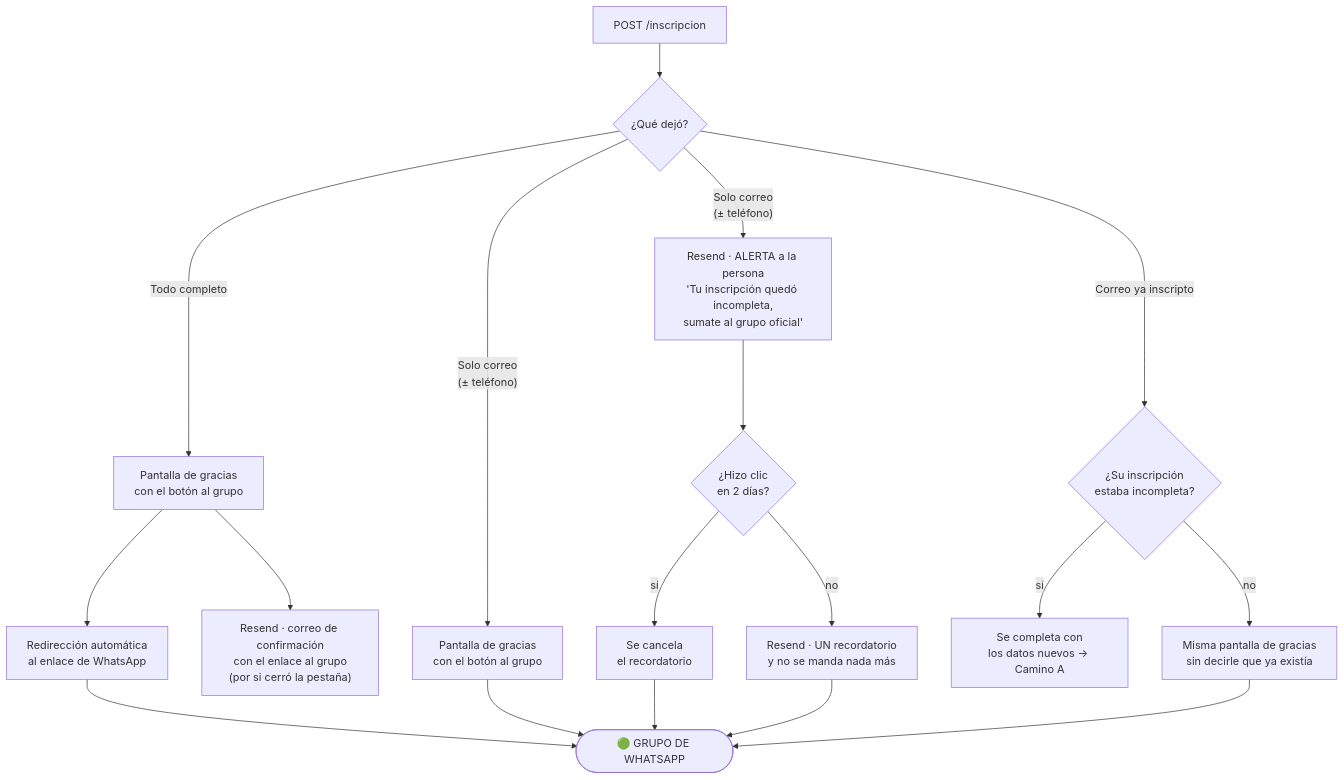
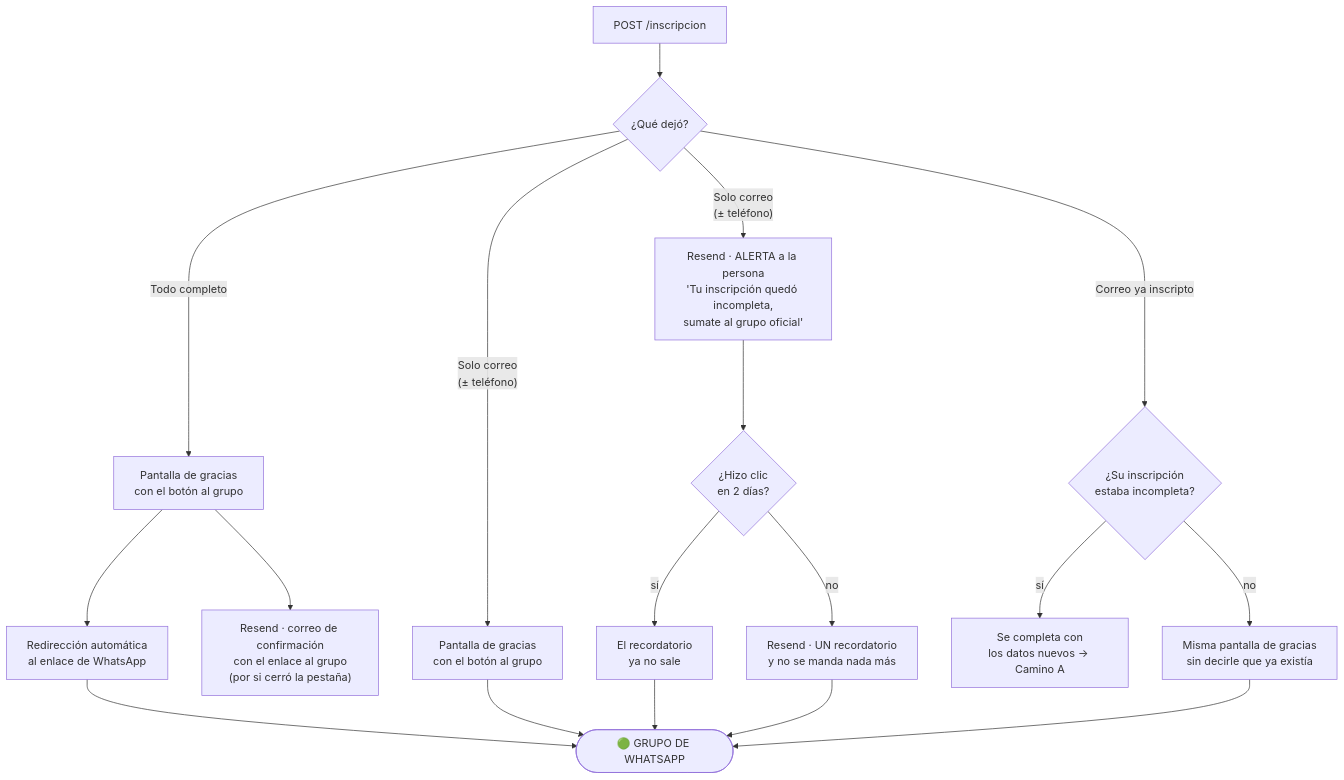
Before and after one commit to cursedzeta/habisite: the second of 3 diagrams in backendGonzalo/docs/09-embudo-de-inscripcion.md, drawn with Mermaid. The commit also changed other lines of this file and 6 other files, not shown here.

````diff
--- a/backendGonzalo/docs/09-embudo-de-inscripcion.md
+++ b/backendGonzalo/docs/09-embudo-de-inscripcion.md
@@ -114,28 +120,28 @@
 ```mermaid
 flowchart TB
     api["POST /inscripcion"] --> q{"¿Qué dejó?"}
 
     %% ── Camino A ─────────────────────────────
     q -->|"Todo completo"| a1["Pantalla de gracias<br/>con el botón al grupo"]
     a1 --> a2["Redirección automática<br/>al enlace de WhatsApp"]
     a1 --> a3["Resend · correo de confirmación<br/>con el enlace al grupo<br/>(por si cerró la pestaña)"]
 
     %% ── Camino B ─────────────────────────────
     q -->|"Solo correo<br/>(± teléfono)"| b1["Pantalla de gracias<br/>con el botón al grupo"]
     q -->|"Solo correo<br/>(± teléfono)"| b2["Resend · ALERTA a la persona<br/>'Tu inscripción quedó incompleta,<br/>sumate al grupo oficial'"]
     b2 --> b3{"¿Hizo clic<br/>en 2 días?"}
-    b3 -->|"sí"| b4["Se cancela<br/>el recordatorio"]
+    b3 -->|"sí"| b4["El recordatorio<br/>ya no sale"]
     b3 -->|"no"| b5["Resend · UN recordatorio<br/>y no se manda nada más"]
 
     %% ── Camino D ─────────────────────────────
     q -->|"Correo ya inscripto"| d0{"¿Su inscripción<br/>estaba incompleta?"}
     d0 -->|"sí"| d1["Se completa con<br/>los datos nuevos → Camino A"]
     d0 -->|"no"| d2["Misma pantalla de gracias<br/>sin decirle que ya existía"]
 
     wa(["🟢 GRUPO DE WHATSAPP"])
     a2 --> wa
     b1 --> wa
     b4 --> wa
     b5 --> wa
     d2 --> wa
 ```
````
